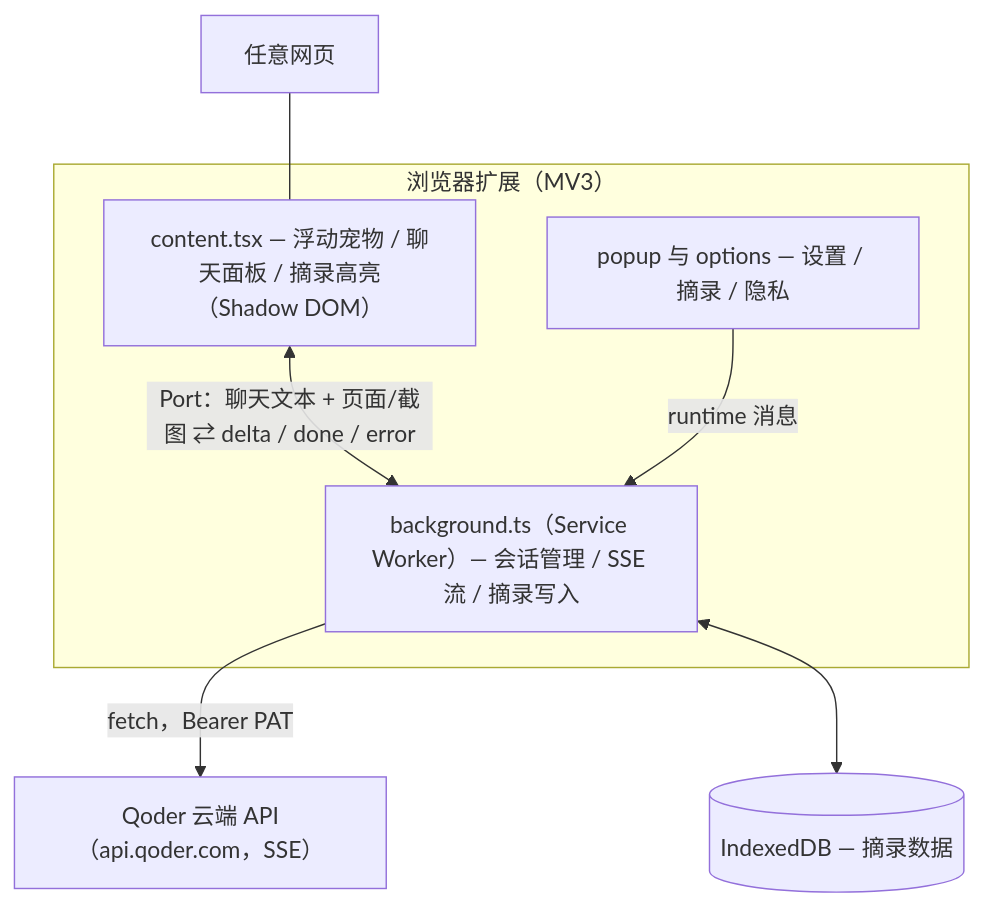
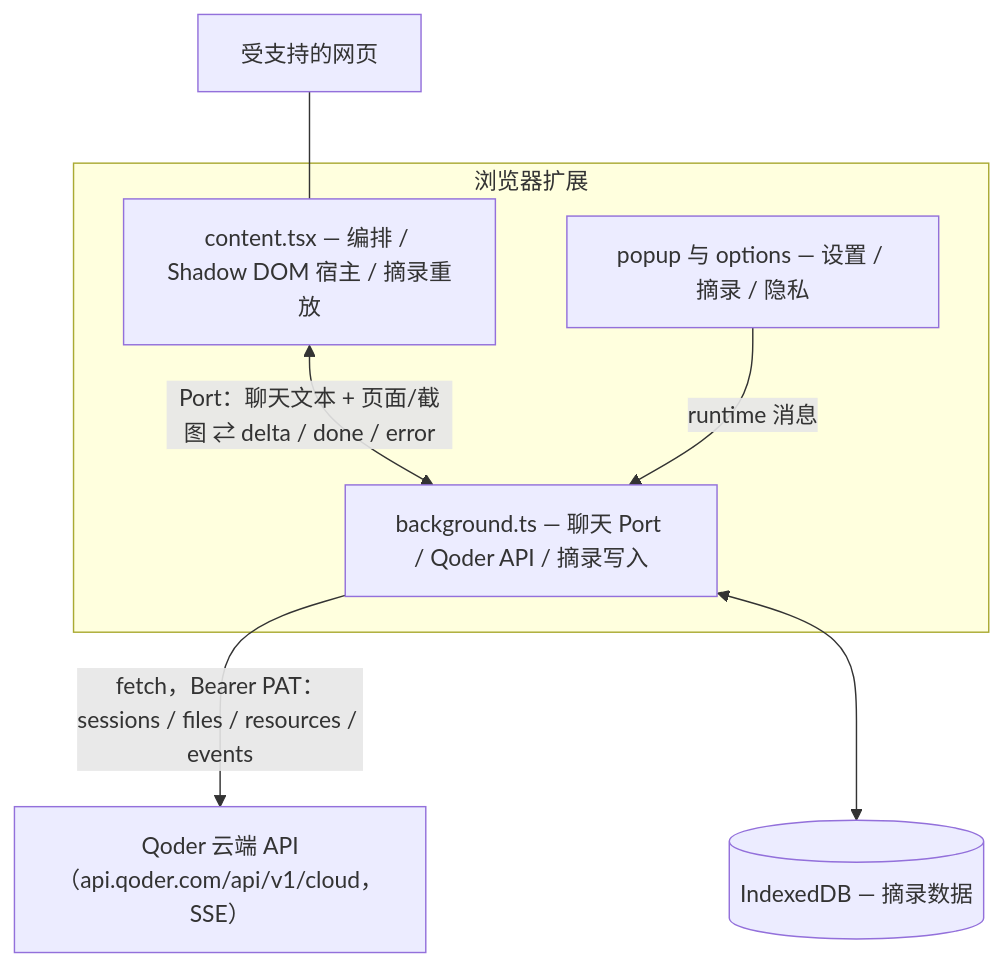
The diagram in README.zh-CN.md (shenyankm/tab-agent), drawn with Mermaid before and after one commit. The commit also changed other lines of this file and 3 other files, not shown here.

First line of the commit message:
docs: refresh README, AGENTS and architecture docs

````diff
--- a/README.zh-CN.md
+++ b/README.zh-CN.md
@@ -86,15 +102,15 @@
 ```mermaid
 flowchart TD
-    Page["任意网页"] --- Content
-    subgraph Ext["浏览器扩展（MV3）"]
-        Content["content.tsx — 浮动宠物 / 聊天面板 / 摘录高亮（Shadow DOM）"]
-        BG["background.ts（Service Worker）— 会话管理 / SSE 流 / 摘录写入"]
+    Page["受支持的网页"] --- Content
+    subgraph Ext["浏览器扩展"]
+        Content["content.tsx — 编排 / Shadow DOM 宿主 / 摘录重放"]
+        BG["background.ts — 聊天 Port / Qoder API / 摘录写入"]
         Popup["popup 与 options — 设置 / 摘录 / 隐私"]
     end
-    Cloud["Qoder 云端 API（api.qoder.com，SSE）"]
+    Cloud["Qoder 云端 API（api.qoder.com/api/v1/cloud，SSE）"]
     IDB[("IndexedDB — 摘录数据")]
     Content <--> |"Port：聊天文本 + 页面/截图 ⇄ delta / done / error"| BG
     Popup --> |runtime 消息| BG
-    BG --> |"fetch，Bearer PAT"| Cloud
+    BG --> |"fetch，Bearer PAT：sessions / files / resources / events"| Cloud
     BG <--> IDB
 ```
````
